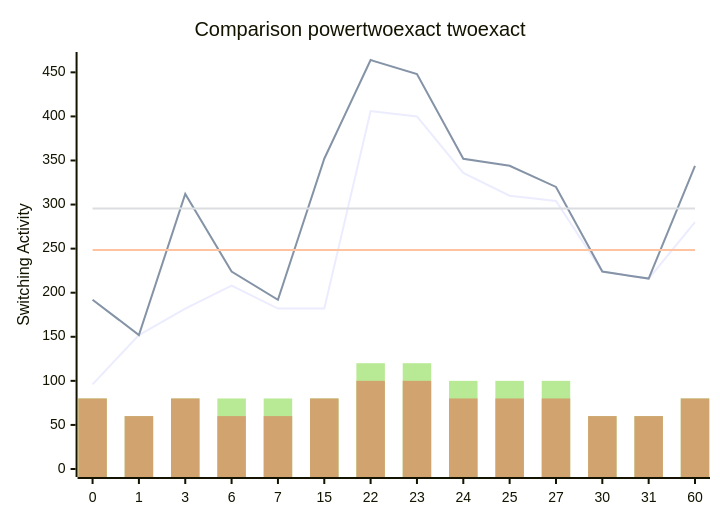
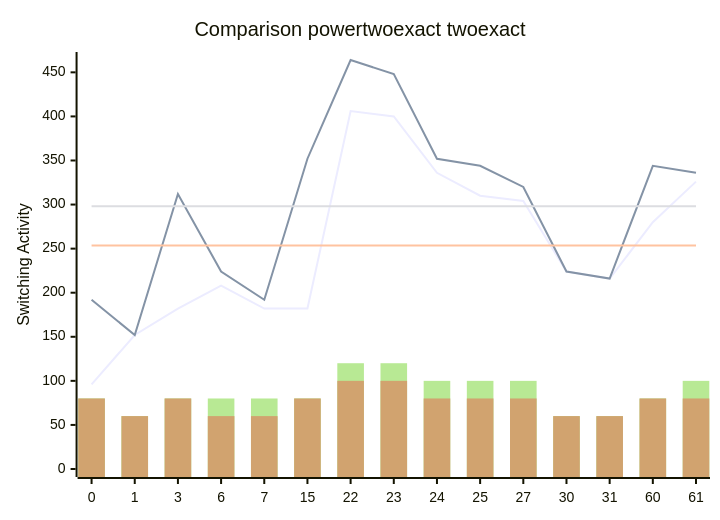
Before and after one commit to FeldmeierMichael/Exact-Power-Synthesis: the diagram in benchmark.md, drawn with Mermaid. The commit also changed other lines of this file and 2 other files, not shown here.

````diff
--- a/benchmark.md
+++ b/benchmark.md
@@ -33,12 +35,12 @@
 ```mermaid
 xychart-beta
     title "Comparison powertwoexact twoexact"
-    x-axis [0, 1, 3, 6, 7, 15, 22, 23, 24, 25, 27, 30, 31, 60]
+    x-axis [0, 1, 3, 6, 7, 15, 22, 23, 24, 25, 27, 30, 31, 60, 61]
     y-axis "Switching Activity" 0-->464
-    line [96, 152, 182, 208, 182, 182, 406, 400, 336, 310, 304, 224, 216, 280]
-    line [192, 152, 312, 224, 192, 352, 464, 448, 352, 344, 320, 224, 216, 344]
-    line [248.42857142857142, 248.42857142857142, 248.42857142857142, 248.42857142857142, 248.42857142857142, 248.42857142857142, 248.42857142857142, 248.42857142857142, 248.42857142857142, 248.42857142857142, 248.42857142857142, 248.42857142857142, 248.42857142857142, 248.42857142857142]
-    line [295.42857142857144, 295.42857142857144, 295.42857142857144, 295.42857142857144, 295.42857142857144, 295.42857142857144, 295.42857142857144, 295.42857142857144, 295.42857142857144, 295.42857142857144, 295.42857142857144, 295.42857142857144, 295.42857142857144, 295.42857142857144]
-    bar [80, 60, 80, 80, 80, 80, 120, 120, 100, 100, 100, 60, 60, 80]
-    bar [80, 60, 80, 60, 60, 80, 100, 100, 80, 80, 80, 60, 60, 80]
+    line [96, 152, 182, 208, 182, 182, 406, 400, 336, 310, 304, 224, 216, 280, 326]
+    line [192, 152, 312, 224, 192, 352, 464, 448, 352, 344, 320, 224, 216, 344, 336]
+    line [253.6, 253.6, 253.6, 253.6, 253.6, 253.6, 253.6, 253.6, 253.6, 253.6, 253.6, 253.6, 253.6, 253.6, 253.6]
+    line [298.1333333333333, 298.1333333333333, 298.1333333333333, 298.1333333333333, 298.1333333333333, 298.1333333333333, 298.1333333333333, 298.1333333333333, 298.1333333333333, 298.1333333333333, 298.1333333333333, 298.1333333333333, 298.1333333333333, 298.1333333333333, 298.1333333333333]
+    bar [80, 60, 80, 80, 80, 80, 120, 120, 100, 100, 100, 60, 60, 80, 100]
+    bar [80, 60, 80, 60, 60, 80, 100, 100, 80, 80, 80, 60, 60, 80, 80]
 ```
````
